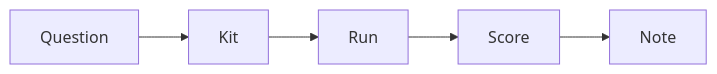
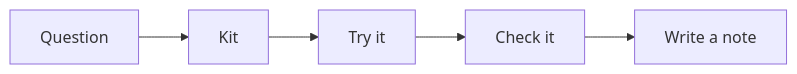
Before and after one commit to tiananv/ai-lab-notes: the diagram in README.md, drawn with Mermaid. The commit also changed other lines of this file and 3 other files, not shown here.

````diff
--- a/README.md
+++ b/README.md
@@ -10,4 +33,4 @@
 ```mermaid
 flowchart LR
-    question["Question"] --> kit["Kit"] --> run["Run"] --> score["Score"] --> note["Note"]
+    question["Question"] --> kit["Kit"] --> run["Try it"] --> score["Check it"] --> note["Write a note"]
 ```
````
